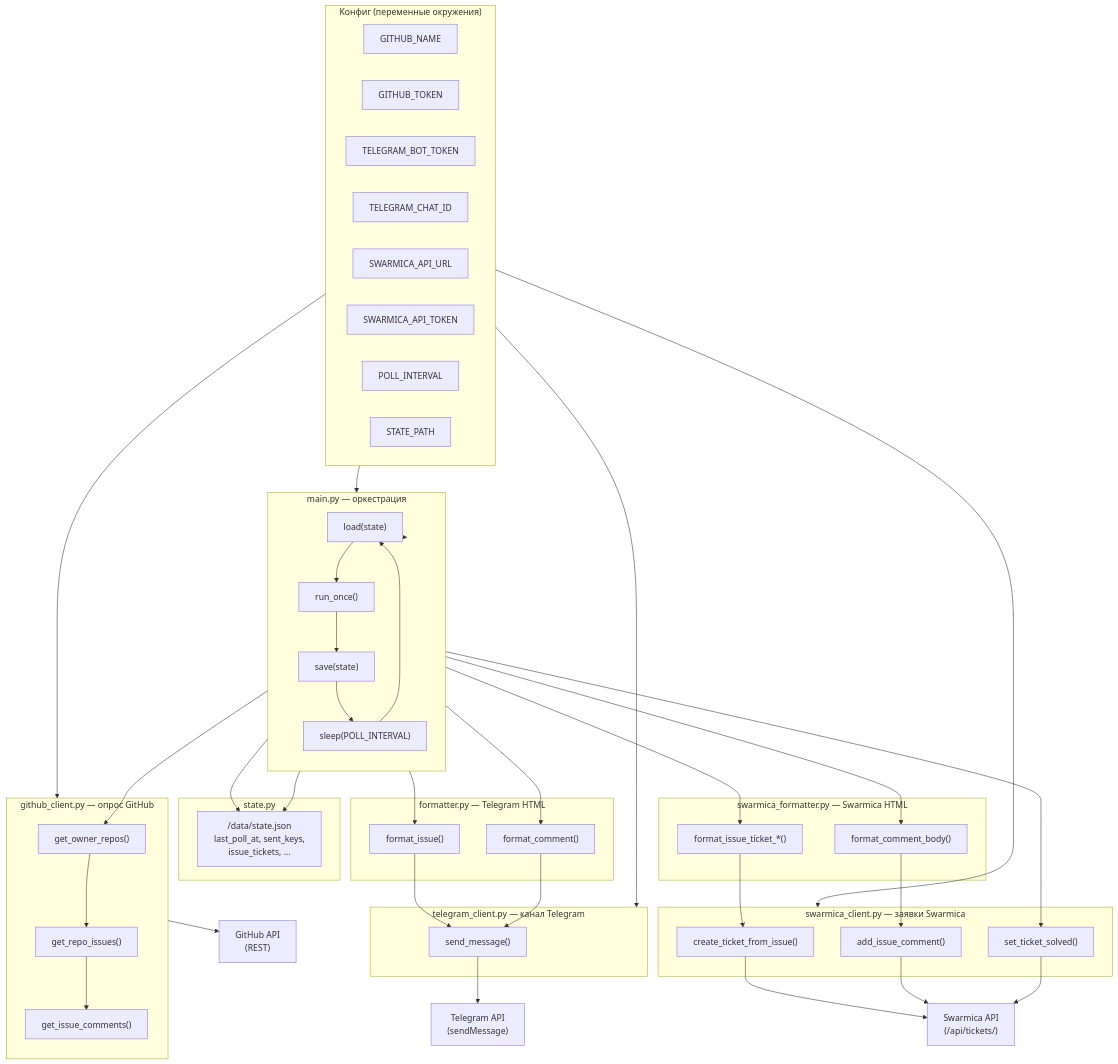
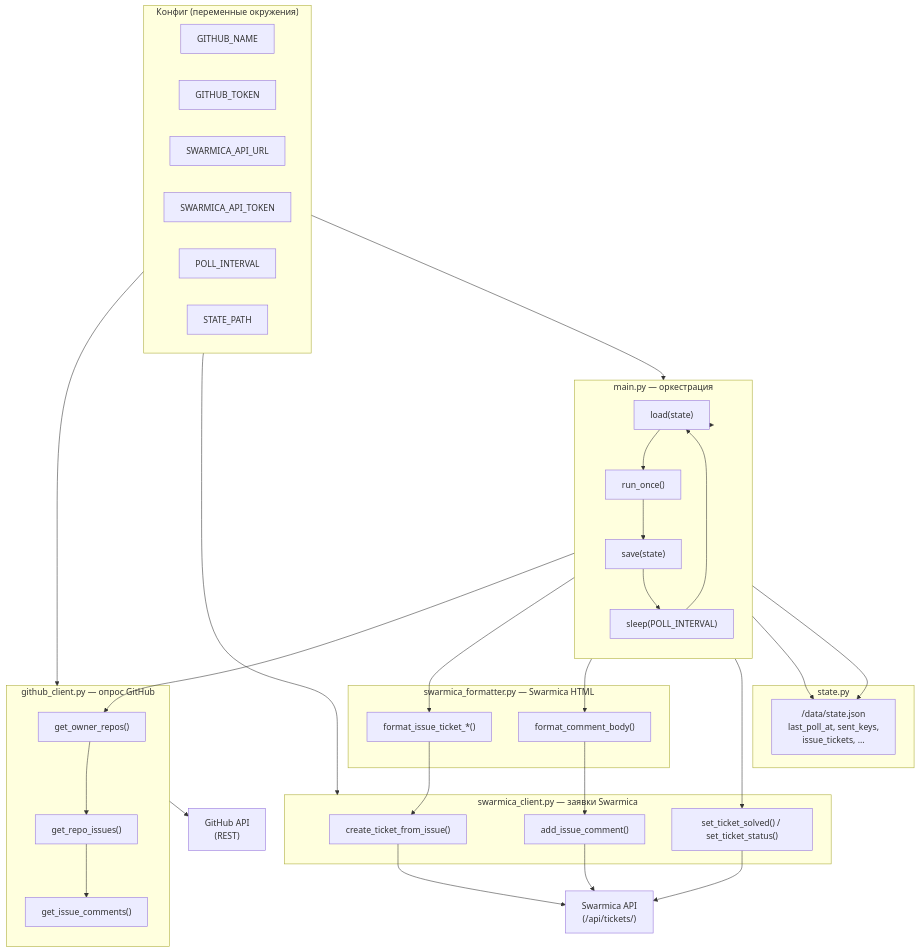
One commit to truetechsup/github-issues-tracker-bot changed the diagram in docs/architecture.md. Above: the diagram before and after it, drawn with Mermaid. The commit also changed other lines of this file and 14 other files, not shown here.

````diff
--- a/docs/architecture.md
+++ b/docs/architecture.md
@@ -5,79 +7,62 @@
 ```mermaid
 flowchart TB
     subgraph env["Конфиг (переменные окружения)"]
         GITHUB_NAME
         GITHUB_TOKEN
-        TELEGRAM_BOT_TOKEN
-        TELEGRAM_CHAT_ID
         SWARMICA_API_URL
         SWARMICA_API_TOKEN
         POLL_INTERVAL
         STATE_PATH
     end
 
     subgraph main["main.py — оркестрация"]
         direction TB
         load_state["load(state)"]
         run_once["run_once()"]
         save_state["save(state)"]
         sleep["sleep(POLL_INTERVAL)"]
         load_state --> run_once --> save_state --> sleep --> load_state
     end
 
     subgraph github["github_client.py — опрос GitHub"]
         get_repos["get_owner_repos()"]
         get_issues["get_repo_issues()"]
         get_comments["get_issue_comments()"]
     end
 
     subgraph state["state.py"]
         state_file["/data/state.json\nlast_poll_at, sent_keys,\nissue_tickets, ..."]
     end
 
-    subgraph tg_fmt["formatter.py — Telegram HTML"]
-        format_issue["format_issue()"]
-        format_comment["format_comment()"]
-    end
-
-    subgraph telegram["telegram_client.py — канал Telegram"]
-        send["send_message()"]
-    end
-
     subgraph swarm_fmt["swarmica_formatter.py — Swarmica HTML"]
         swarm_issue["format_issue_ticket_*()"]
         swarm_comment["format_comment_body()"]
     end
 
     subgraph swarmica["swarmica_client.py — заявки Swarmica"]
         create_ticket["create_ticket_from_issue()"]
         add_comment["add_issue_comment()"]
-        set_solved["set_ticket_solved()"]
+        set_solved["set_ticket_solved() / set_ticket_status()"]
     end
 
     env --> main
     env --> github
-    env --> telegram
     env --> swarmica
 
     main --> load_state
     run_once --> get_repos
     get_repos --> get_issues
     get_issues --> get_comments
-    run_once --> format_issue
-    run_once --> format_comment
-    format_issue --> send
-    format_comment --> send
     run_once --> swarm_issue
     run_once --> swarm_comment
     swarm_issue --> create_ticket
     swarm_comment --> add_comment
     run_once --> set_solved
     main --> state_file
     run_once --> state_file
 
     github --> api["GitHub API\n(REST)"]
-    send --> tg["Telegram API\n(sendMessage)"]
     create_ticket --> sw["Swarmica API\n(/api/tickets/)"]
     add_comment --> sw
     set_solved --> sw
 ```
````
